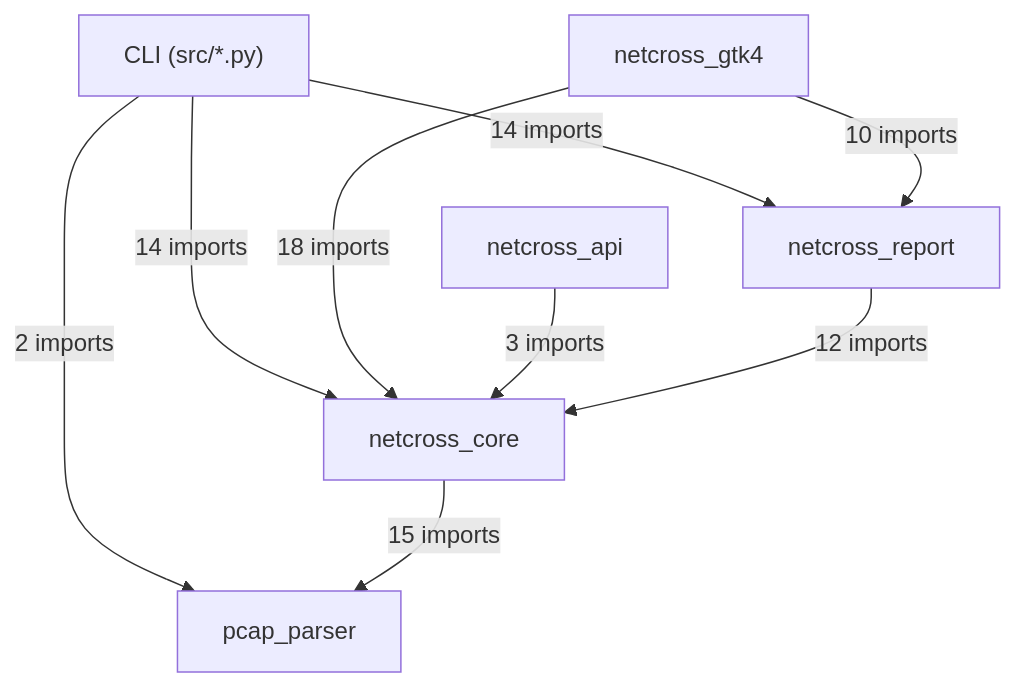
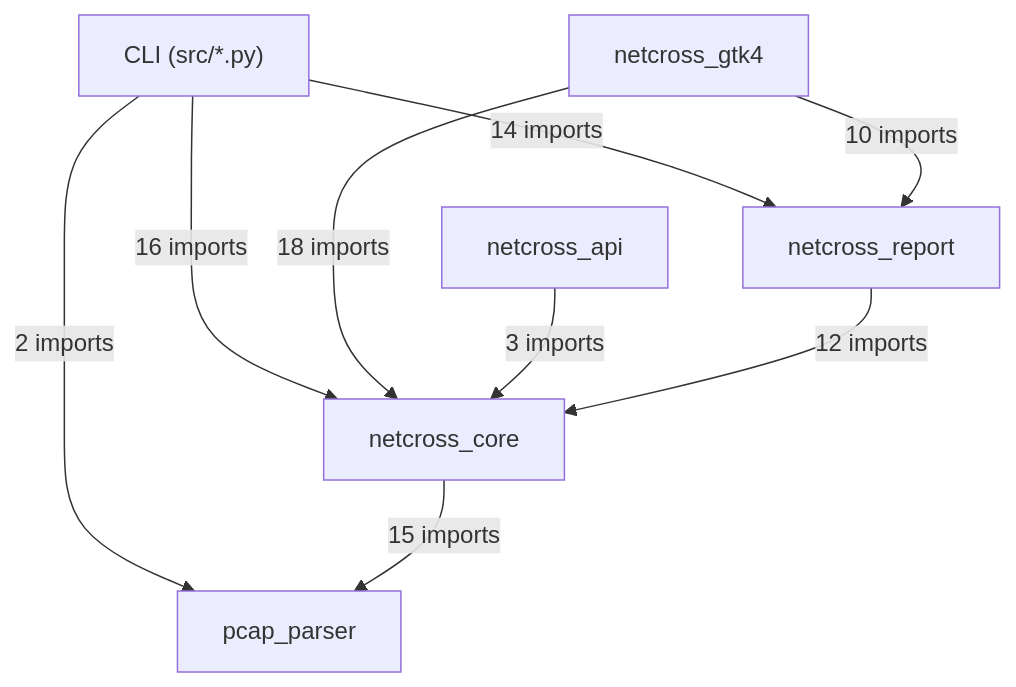
One commit to MathildeDec/Netcross changed the first of 16 diagrams in docs/class-diagram.md. Above: the diagram before and after it, drawn with Mermaid. The commit also changed 5 other files, not shown here.

````diff
--- a/docs/class-diagram.md
+++ b/docs/class-diagram.md
@@ -26,17 +26,17 @@
 ```mermaid
 flowchart TD
     CLI["CLI (src/*.py)"]
     netcross_gtk4["netcross_gtk4"]
     netcross_api["netcross_api"]
     netcross_report["netcross_report"]
     netcross_core["netcross_core"]
     pcap_parser["pcap_parser"]
     CLI -->|"14 imports"| netcross_report
-    CLI -->|"14 imports"| netcross_core
+    CLI -->|"16 imports"| netcross_core
     CLI -->|"2 imports"| pcap_parser
     netcross_gtk4 -->|"10 imports"| netcross_report
     netcross_gtk4 -->|"18 imports"| netcross_core
     netcross_api -->|"3 imports"| netcross_core
     netcross_report -->|"12 imports"| netcross_core
     netcross_core -->|"15 imports"| pcap_parser
 ```
````
